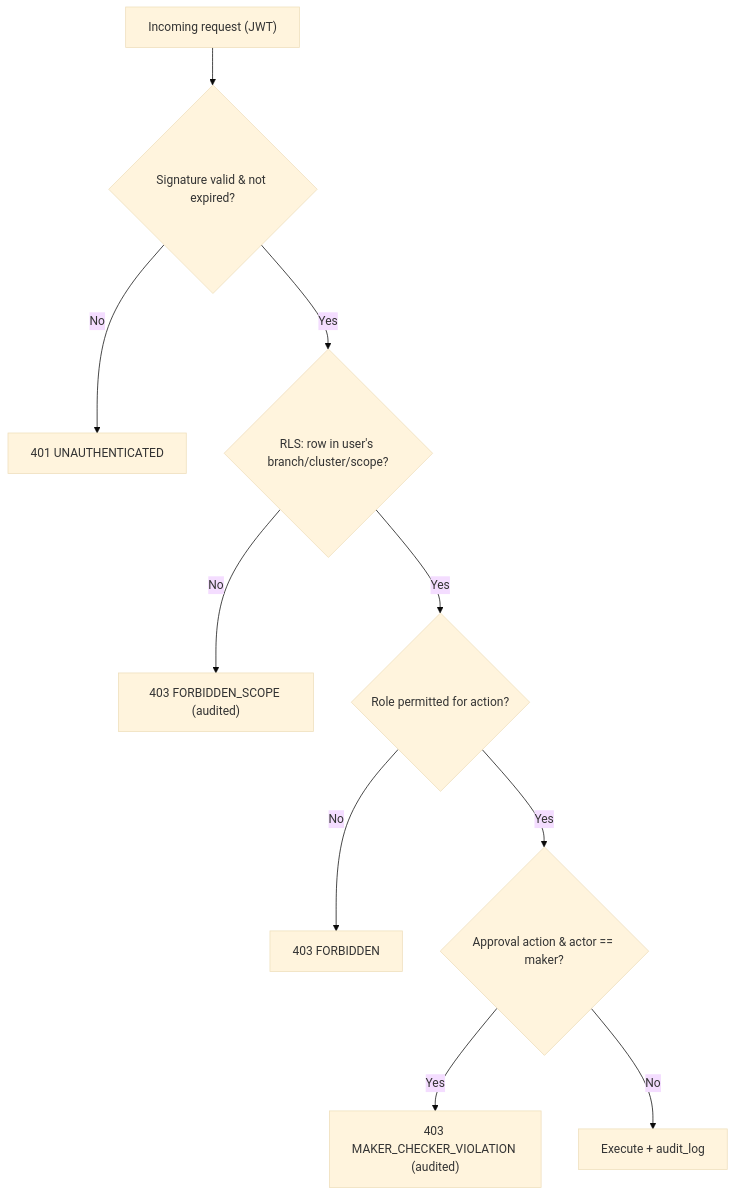
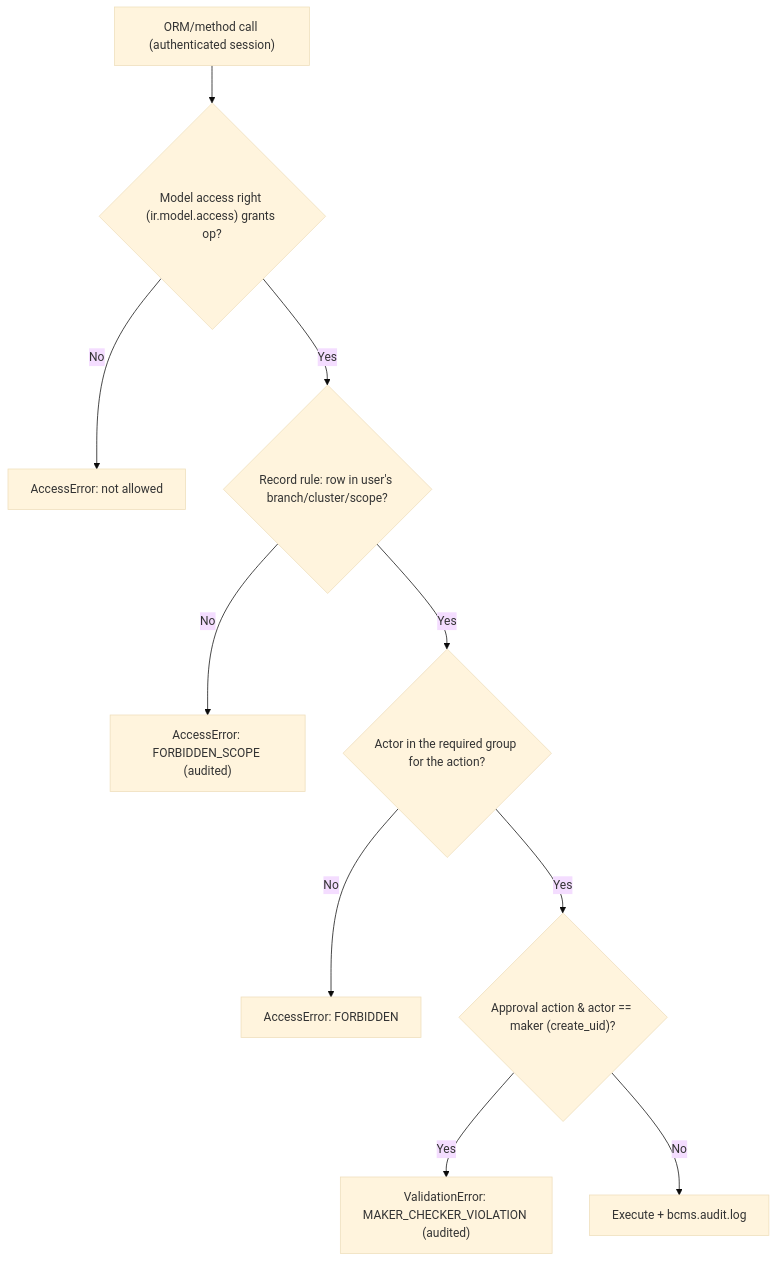
The diagram in docs/diagrams/authorization-flow.md (arunideen/branch-cash-management-system-odoo), drawn with Mermaid (base theme) before and after one commit. The commit also changed other lines of this file and 53 other files, not shown here.

````diff
--- a/docs/diagrams/authorization-flow.md
+++ b/docs/diagrams/authorization-flow.md
@@ -5,12 +5,12 @@
 ```mermaid
 flowchart TD
-    Req["Incoming request (JWT)"] --> Sig{"Signature valid & not expired?"}
-    Sig -->|No| E401["401 UNAUTHENTICATED"]
-    Sig -->|Yes| RLS{"RLS: row in user's branch/cluster/scope?"}
-    RLS -->|No| E403a["403 FORBIDDEN_SCOPE (audited)"]
-    RLS -->|Yes| Role{"Role permitted for action?"}
-    Role -->|No| E403b["403 FORBIDDEN"]
-    Role -->|Yes| MC{"Approval action & actor == maker?"}
-    MC -->|Yes| E403c["403 MAKER_CHECKER_VIOLATION (audited)"]
-    MC -->|No| OK["Execute + audit_log"]
+    Req["ORM/method call (authenticated session)"] --> Acc{"Model access right (ir.model.access) grants op?"}
+    Acc -->|No| E401["AccessError: not allowed"]
+    Acc -->|Yes| RR{"Record rule: row in user's branch/cluster/scope?"}
+    RR -->|No| E403a["AccessError: FORBIDDEN_SCOPE (audited)"]
+    RR -->|Yes| Grp{"Actor in the required group for the action?"}
+    Grp -->|No| E403b["AccessError: FORBIDDEN"]
+    Grp -->|Yes| MC{"Approval action & actor == maker (create_uid)?"}
+    MC -->|Yes| E403c["ValidationError: MAKER_CHECKER_VIOLATION (audited)"]
+    MC -->|No| OK["Execute + bcms.audit.log"]
 ```
````
